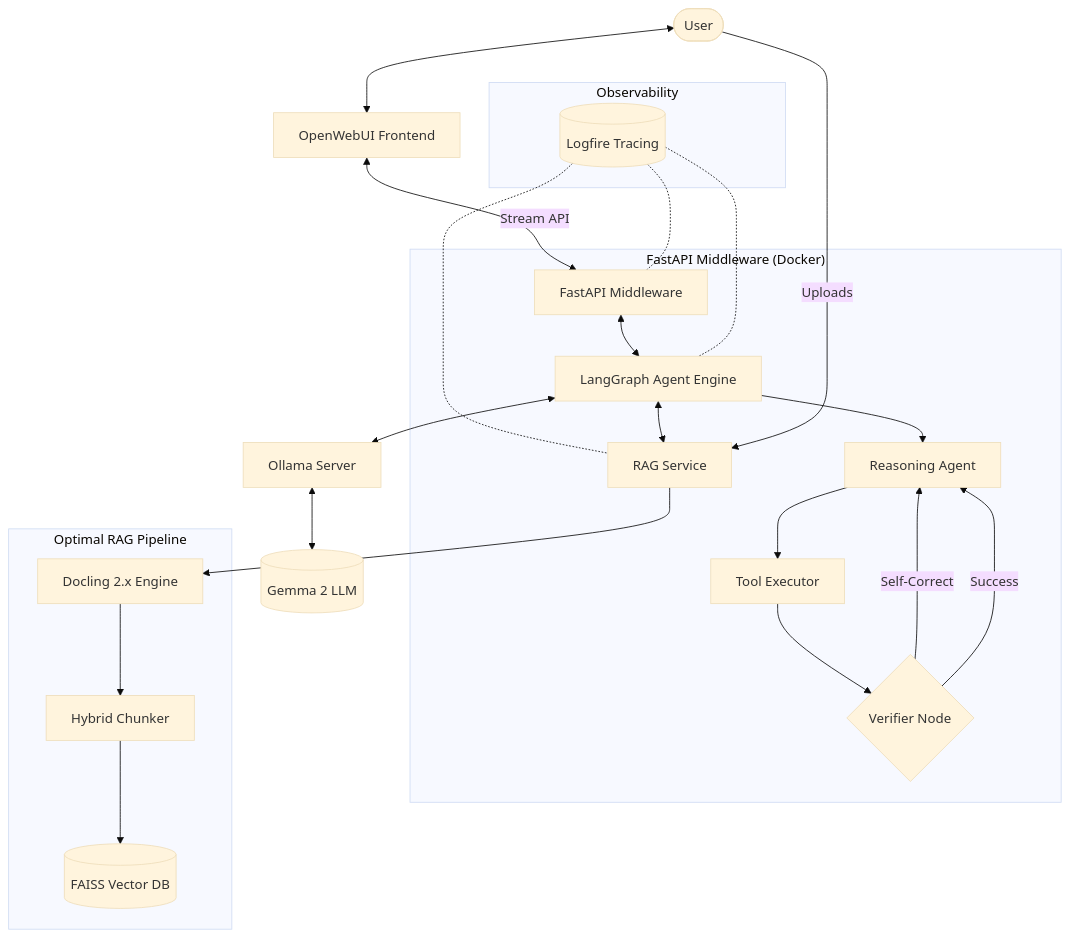
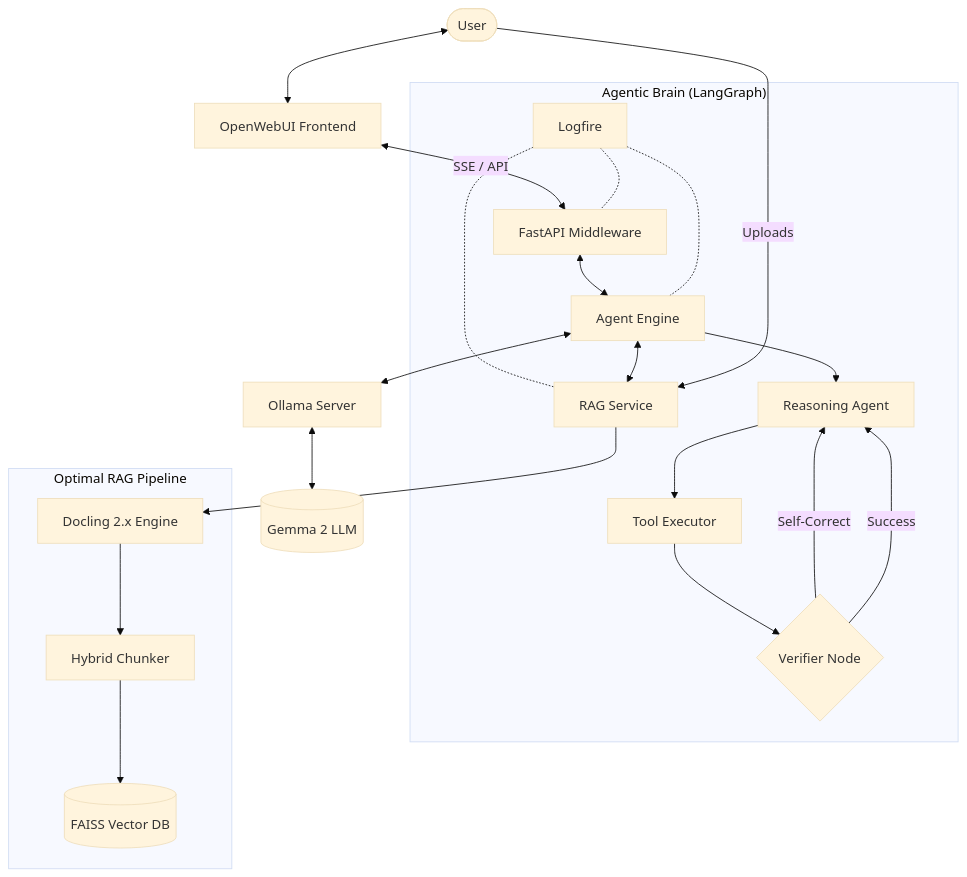
One commit to gmossy/vibechatbot changed the diagram in README.md. Above: the diagram before and after it, drawn with Mermaid (base theme). The commit also changed other lines of this file and 30 other files, not shown here.

````diff
--- a/README.md
+++ b/README.md
@@ -20,37 +19,32 @@
 ```mermaid
 graph TD
     User([User]) <--> UI[OpenWebUI Frontend]
-    UI <-->|Stream API| API[FastAPI Middleware]
+    UI <-->|SSE / API| API[FastAPI Middleware]
     
-    subgraph Observability
-        Logfire[(Logfire Tracing)]
-    end
-    
-    subgraph "FastAPI Middleware (Docker)"
-        API <--> LG[LangGraph Agent Engine]
-        
+    subgraph "Agentic Brain (LangGraph)"
+        API <--> LG[Agent Engine]
         LG --> CoT[Reasoning Agent]
         CoT --> Tools[Tool Executor]
         Tools --> Verifier{Verifier Node}
         
         Verifier -->|Self-Correct| CoT
         Verifier -->|Success| CoT
         
         Logfire -.- API
         Logfire -.- LG
         Logfire -.- RAG
     end
     
     subgraph "Optimal RAG Pipeline"
         RAG[RAG Service]
         RAG --> Docling[Docling 2.x Engine]
         Docling --> HC[Hybrid Chunker]
         HC --> FAISS[(FAISS Vector DB)]
     end
     
     LG <--> RAG
     LG <--> Ollama[Ollama Server]
     Ollama <--> Gemma[(Gemma 2 LLM)]
     
     User -- Uploads --> RAG
 ```
````
